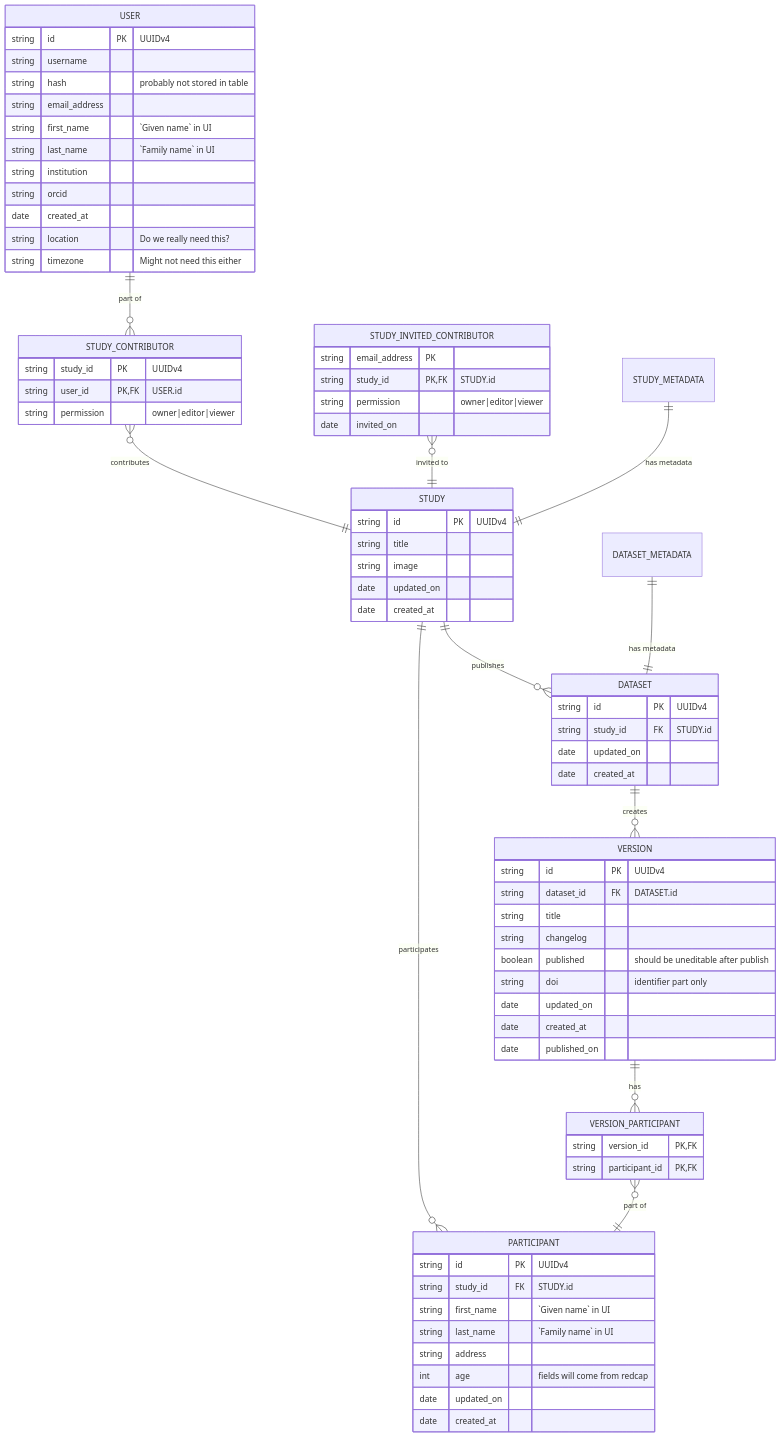
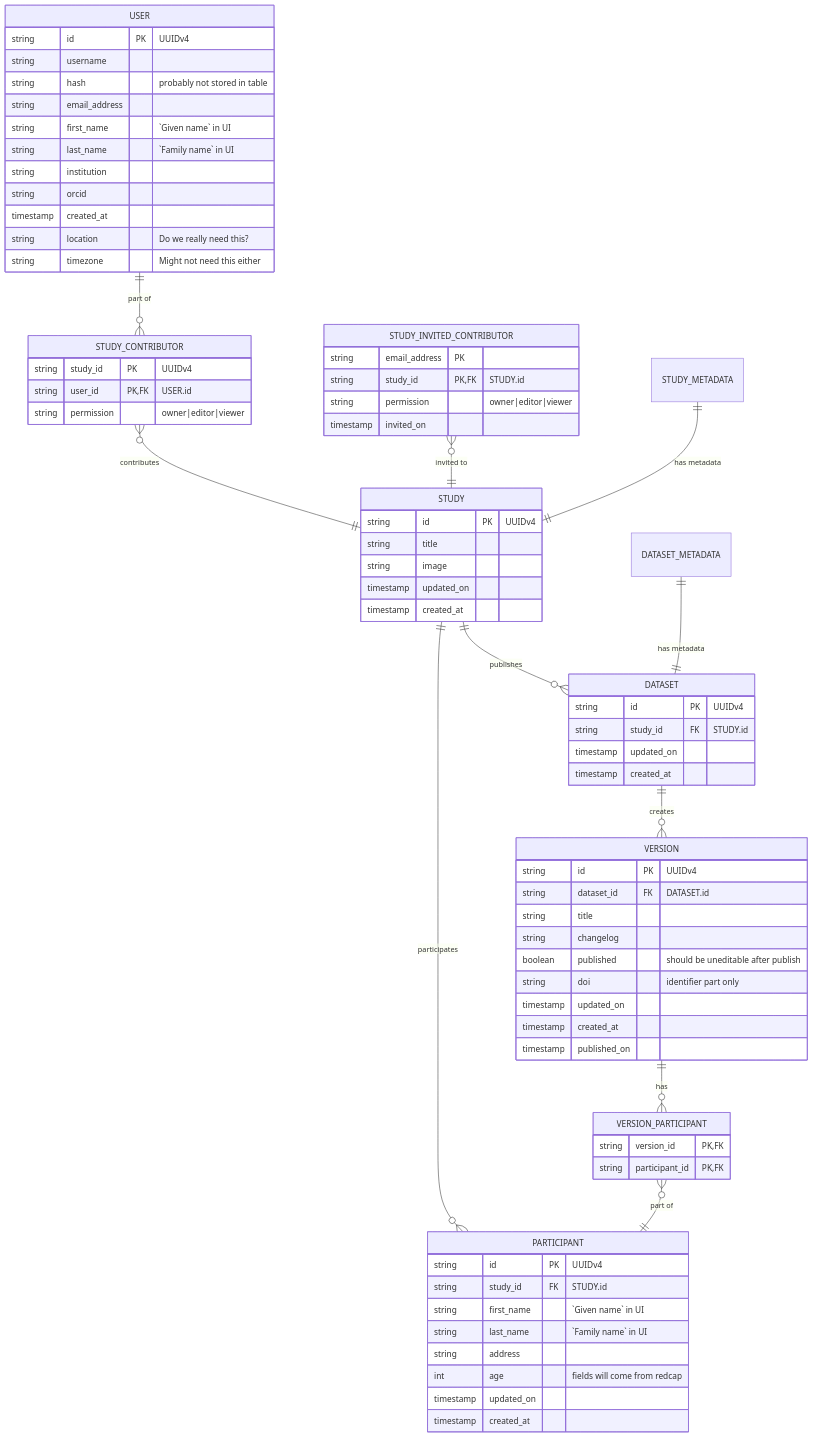
The diagram in docs/mermaid/database-er.mmd (AI-READI/fairhub-developer), drawn with Mermaid before and after one commit. The commit also changed 3 other files, not shown here.

```diff
--- a/docs/mermaid/database-er.mmd
+++ b/docs/mermaid/database-er.mmd
@@ -1,85 +1,85 @@
 erDiagram
     STUDY {
         string id PK "UUIDv4"
         string title
         string image
-        date updated_on
-        date created_at
+        timestamp updated_on
+        timestamp created_at
     }
 
     USER {
         string id PK "UUIDv4"
         string username
         string hash "probably not stored in table"
         string email_address
         string first_name "`Given name` in UI"
         string last_name "`Family name` in UI"
         string institution
         string orcid
-        date created_at
+        timestamp created_at
         string location "Do we really need this?"
         string timezone "Might not need this either"
     }
 
     STUDY_CONTRIBUTOR {
         string study_id PK "UUIDv4"
         string user_id PK,FK "USER.id"
         string permission "owner|editor|viewer"
     }
 
     STUDY_INVITED_CONTRIBUTOR {
         string email_address PK
         string study_id PK,FK "STUDY.id"
         string permission "owner|editor|viewer"
-        date invited_on
+        timestamp invited_on
     }
 
     PARTICIPANT {
         string id PK "UUIDv4"
         string study_id FK "STUDY.id"
         string first_name "`Given name` in UI"
         string last_name "`Family name` in UI"
         string address
         int age "fields will come from redcap"
-        date updated_on
-        date created_at
+        timestamp updated_on
+        timestamp created_at
     }
 
     DATASET {
         string id PK "UUIDv4"
         string study_id FK "STUDY.id"
-        date updated_on
-        date created_at
+        timestamp updated_on
+        timestamp created_at
     }
 
     VERSION {
         string id PK "UUIDv4"
         string dataset_id FK "DATASET.id"
         string title
         string changelog
         boolean published "should be uneditable after publish"
         string doi "identifier part only"
-        date updated_on
-        date created_at
-        date published_on
+        timestamp updated_on
+        timestamp created_at
+        timestamp published_on
     }
 
      VERSION_PARTICIPANT {
         string version_id PK,FK
         string participant_id PK,FK
     }
 
     STUDY_CONTRIBUTOR }o--|| STUDY : contributes
     STUDY_INVITED_CONTRIBUTOR }o--|| STUDY : "invited to"
     STUDY_METADATA ||--|| STUDY : "has metadata"
 
     STUDY ||--o{ DATASET : publishes
 
     DATASET_METADATA ||--|| DATASET : "has metadata"
 
     DATASET ||--o{ VERSION : creates
 
     USER ||--o{ STUDY_CONTRIBUTOR : "part of"
     PARTICIPANT }o--|| STUDY : participates
     VERSION ||--o{ VERSION_PARTICIPANT : has
     VERSION_PARTICIPANT }o--|| PARTICIPANT : "part of"
```
